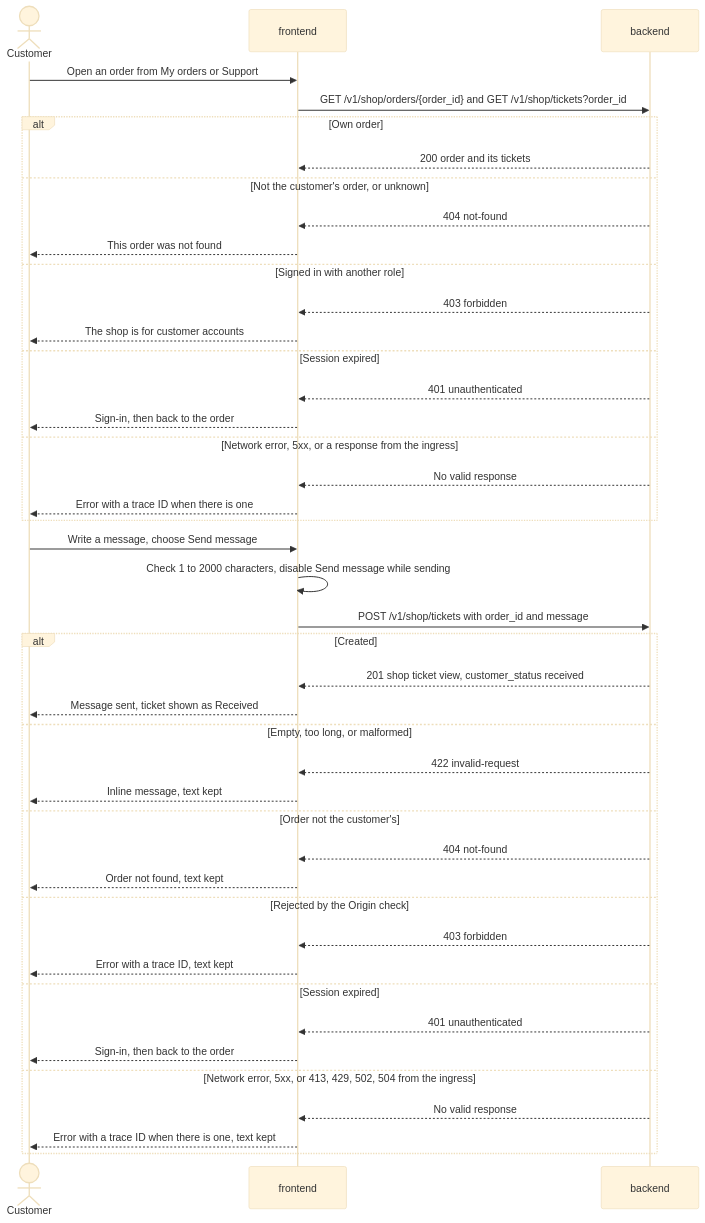
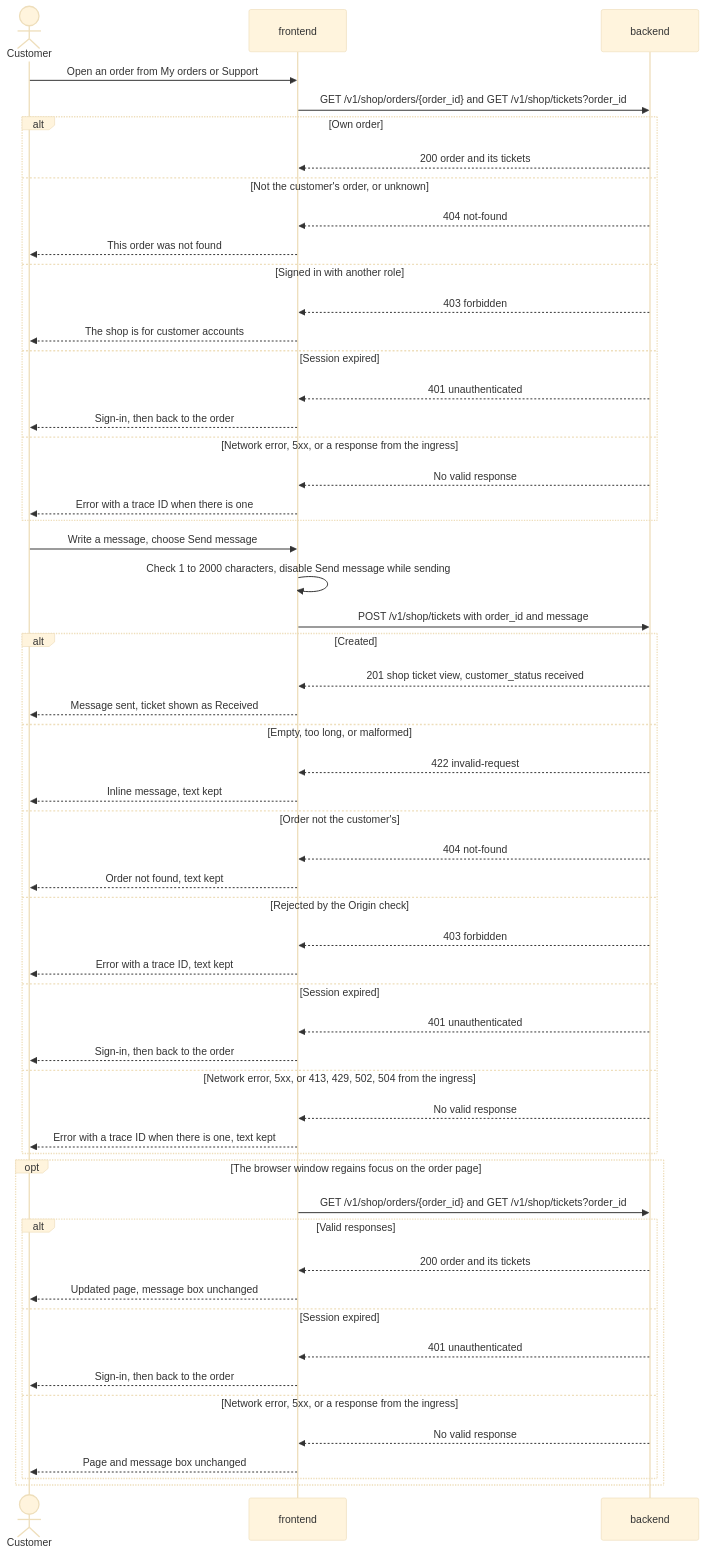
One commit to ml-system-design-nhom-5/SupportIQ changed the diagram in docs/design/shop-ui.md. Above: the diagram before and after it, drawn with Mermaid (base theme). The commit also changed other lines of this file and 11 other files, not shown here.

````diff
--- a/docs/design/shop-ui.md
+++ b/docs/design/shop-ui.md
@@ -92,45 +92,58 @@
 ```mermaid
 sequenceDiagram
     actor Customer
     participant FE as frontend
     participant BE as backend
     Customer->>FE: Open an order from My orders or Support
     FE->>BE: GET /v1/shop/orders/{order_id} and GET /v1/shop/tickets?order_id
     alt Own order
         BE-->>FE: 200 order and its tickets
     else Not the customer's order, or unknown
         BE-->>FE: 404 not-found
         FE-->>Customer: This order was not found
     else Signed in with another role
         BE-->>FE: 403 forbidden
         FE-->>Customer: The shop is for customer accounts
     else Session expired
         BE-->>FE: 401 unauthenticated
         FE-->>Customer: Sign-in, then back to the order
     else Network error, 5xx, or a response from the ingress
         BE-->>FE: No valid response
         FE-->>Customer: Error with a trace ID when there is one
     end
     Customer->>FE: Write a message, choose Send message
     FE->>FE: Check 1 to 2000 characters, disable Send message while sending
     FE->>BE: POST /v1/shop/tickets with order_id and message
     alt Created
         BE-->>FE: 201 shop ticket view, customer_status received
         FE-->>Customer: Message sent, ticket shown as Received
     else Empty, too long, or malformed
         BE-->>FE: 422 invalid-request
         FE-->>Customer: Inline message, text kept
     else Order not the customer's
         BE-->>FE: 404 not-found
         FE-->>Customer: Order not found, text kept
     else Rejected by the Origin check
         BE-->>FE: 403 forbidden
         FE-->>Customer: Error with a trace ID, text kept
     else Session expired
         BE-->>FE: 401 unauthenticated
         FE-->>Customer: Sign-in, then back to the order
     else Network error, 5xx, or 413, 429, 502, 504 from the ingress
         BE-->>FE: No valid response
         FE-->>Customer: Error with a trace ID when there is one, text kept
     end
+    opt The browser window regains focus on the order page
+        FE->>BE: GET /v1/shop/orders/{order_id} and GET /v1/shop/tickets?order_id
+        alt Valid responses
+            BE-->>FE: 200 order and its tickets
+            FE-->>Customer: Updated page, message box unchanged
+        else Session expired
+            BE-->>FE: 401 unauthenticated
+            FE-->>Customer: Sign-in, then back to the order
+        else Network error, 5xx, or a response from the ingress
+            BE-->>FE: No valid response
+            FE-->>Customer: Page and message box unchanged
+        end
+    end
 ```
````
